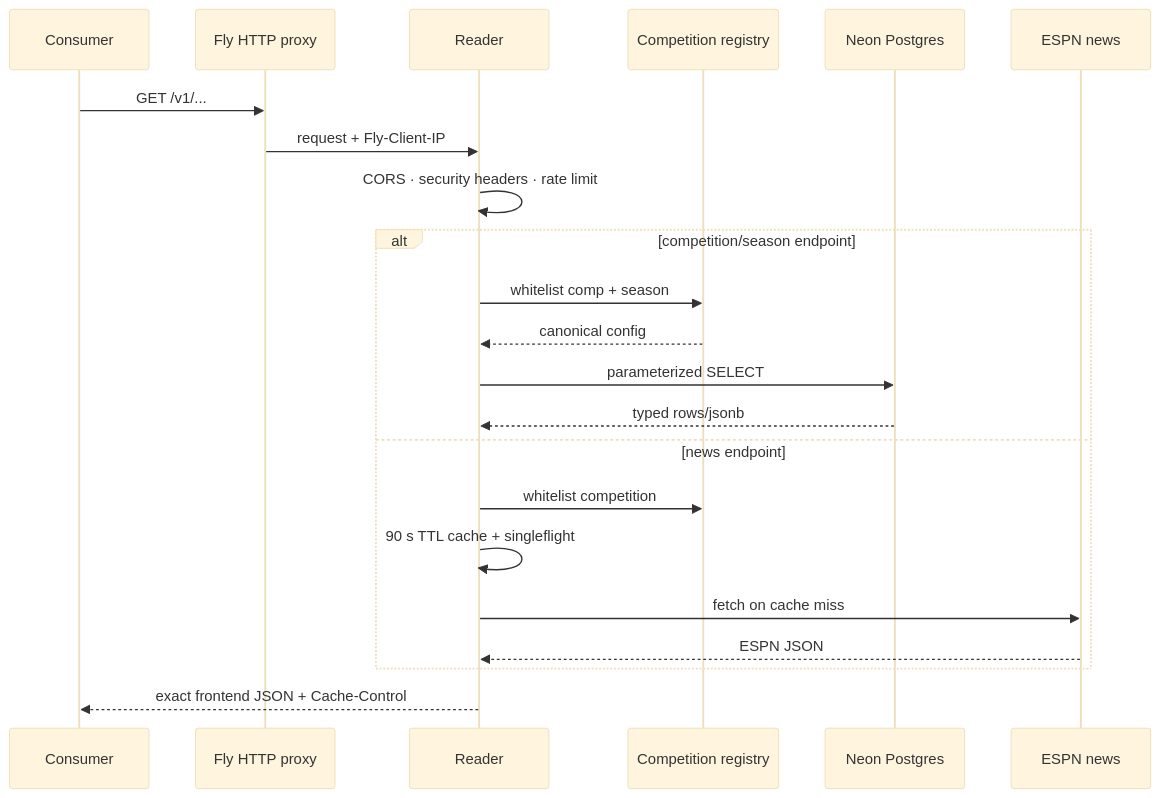
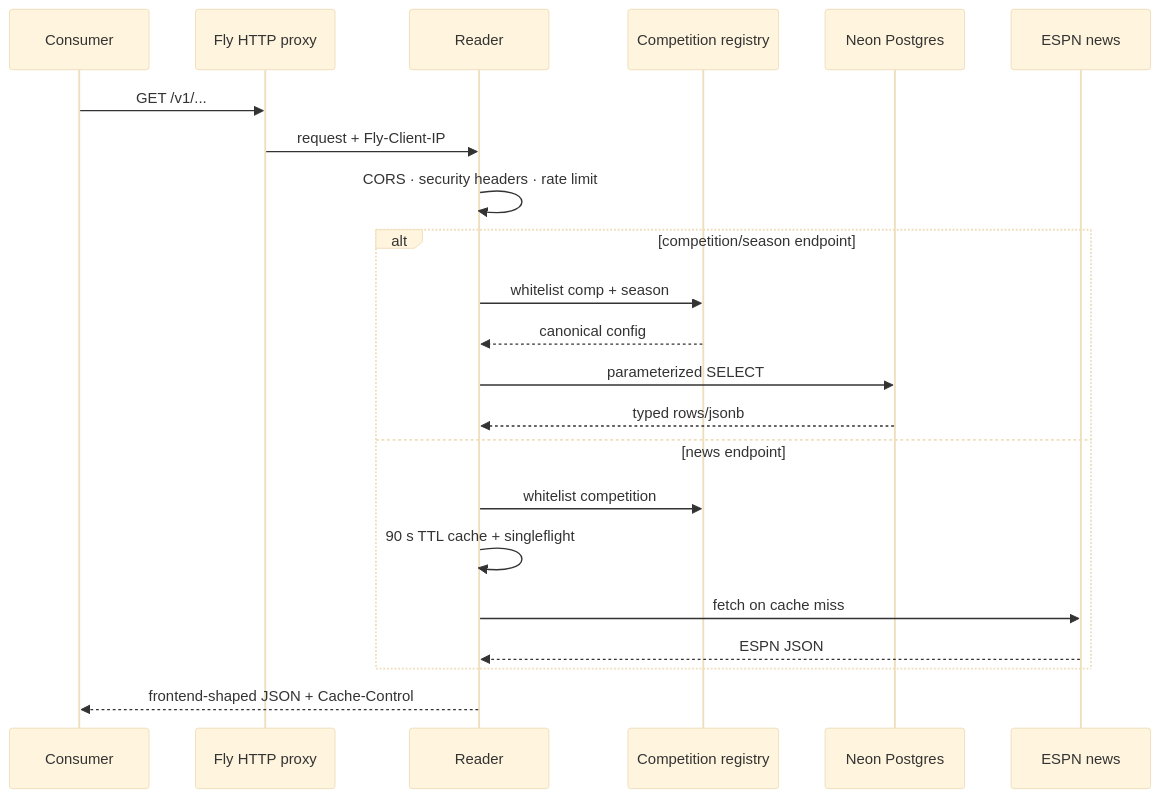
The third of 4 diagrams in docs/backend/ARCHITECTURE.md (mcasillas17/ScoreArc), drawn with Mermaid (base theme) before and after one commit. The commit also changed other lines of this file and 17 other files, not shown here.

````diff
--- a/docs/backend/ARCHITECTURE.md
+++ b/docs/backend/ARCHITECTURE.md
@@ -480,25 +482,25 @@
 ```mermaid
 sequenceDiagram
   participant C as Consumer
   participant F as Fly HTTP proxy
   participant R as Reader
   participant G as Competition registry
   participant D as Neon Postgres
   participant E as ESPN news
 
   C->>F: GET /v1/...
   F->>R: request + Fly-Client-IP
   R->>R: CORS · security headers · rate limit
   alt competition/season endpoint
     R->>G: whitelist comp + season
     G-->>R: canonical config
     R->>D: parameterized SELECT
     D-->>R: typed rows/jsonb
   else news endpoint
     R->>G: whitelist competition
     R->>R: 90 s TTL cache + singleflight
     R->>E: fetch on cache miss
     E-->>R: ESPN JSON
   end
-  R-->>C: exact frontend JSON + Cache-Control
+  R-->>C: frontend-shaped JSON + Cache-Control
 ```
````
